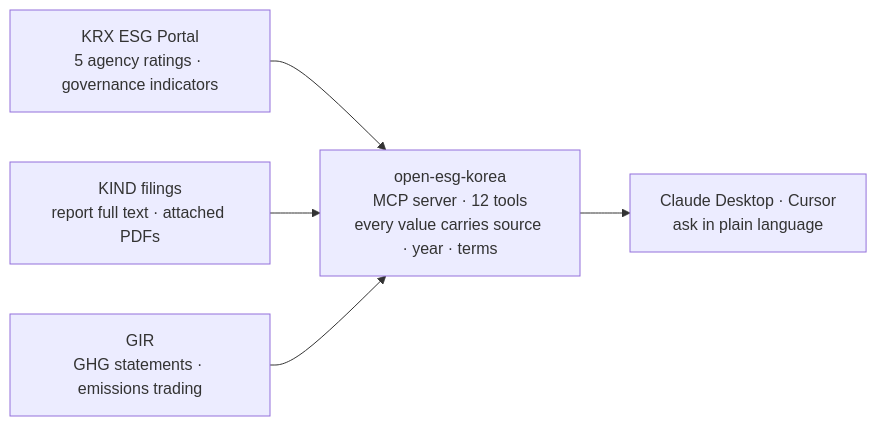
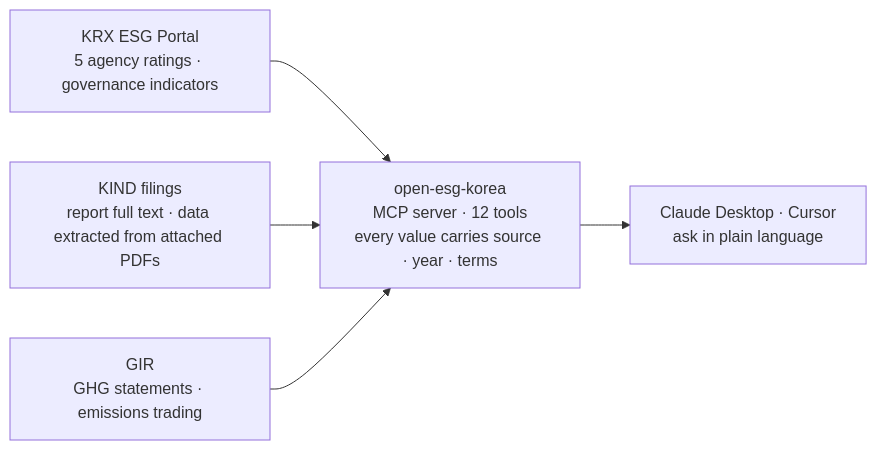
The diagram in README_ENG.md (MarcoYou/open-esg-korea), drawn with Mermaid before and after one commit. The commit also changed other lines of this file and 1 other file, not shown here.

````diff
--- a/README_ENG.md
+++ b/README_ENG.md
@@ -19,7 +19,7 @@
 ```mermaid
 flowchart LR
     A["KRX ESG Portal<br/>5 agency ratings · governance indicators"] --> S
-    B["KIND filings<br/>report full text · attached PDFs"] --> S
+    B["KIND filings<br/>report full text · data extracted from attached PDFs"] --> S
     C["GIR<br/>GHG statements · emissions trading"] --> S
     S["open-esg-korea<br/>MCP server · 12 tools<br/>every value carries source · year · terms"] --> D["Claude Desktop · Cursor<br/>ask in plain language"]
 ```
````
